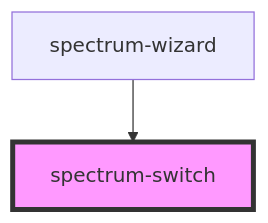
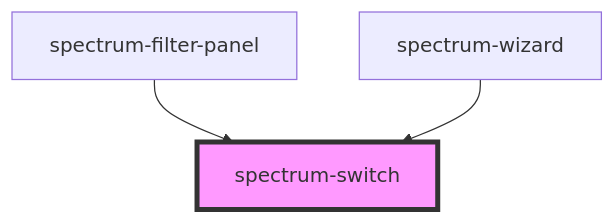
The diagram in packages/core/src/components/spectrum-switch/readme.md (emamirelar/spectrum), drawn with Mermaid before and after one commit. The commit also changed other lines of this file and 121 other files, not shown here.

````diff
--- a/packages/core/src/components/spectrum-switch/readme.md
+++ b/packages/core/src/components/spectrum-switch/readme.md
@@ -46,5 +47,6 @@
 ```mermaid
 graph TD;
+  spectrum-filter-panel --> spectrum-switch
   spectrum-wizard --> spectrum-switch
   style spectrum-switch fill:#f9f,stroke:#333,stroke-width:4px
 ```
````
